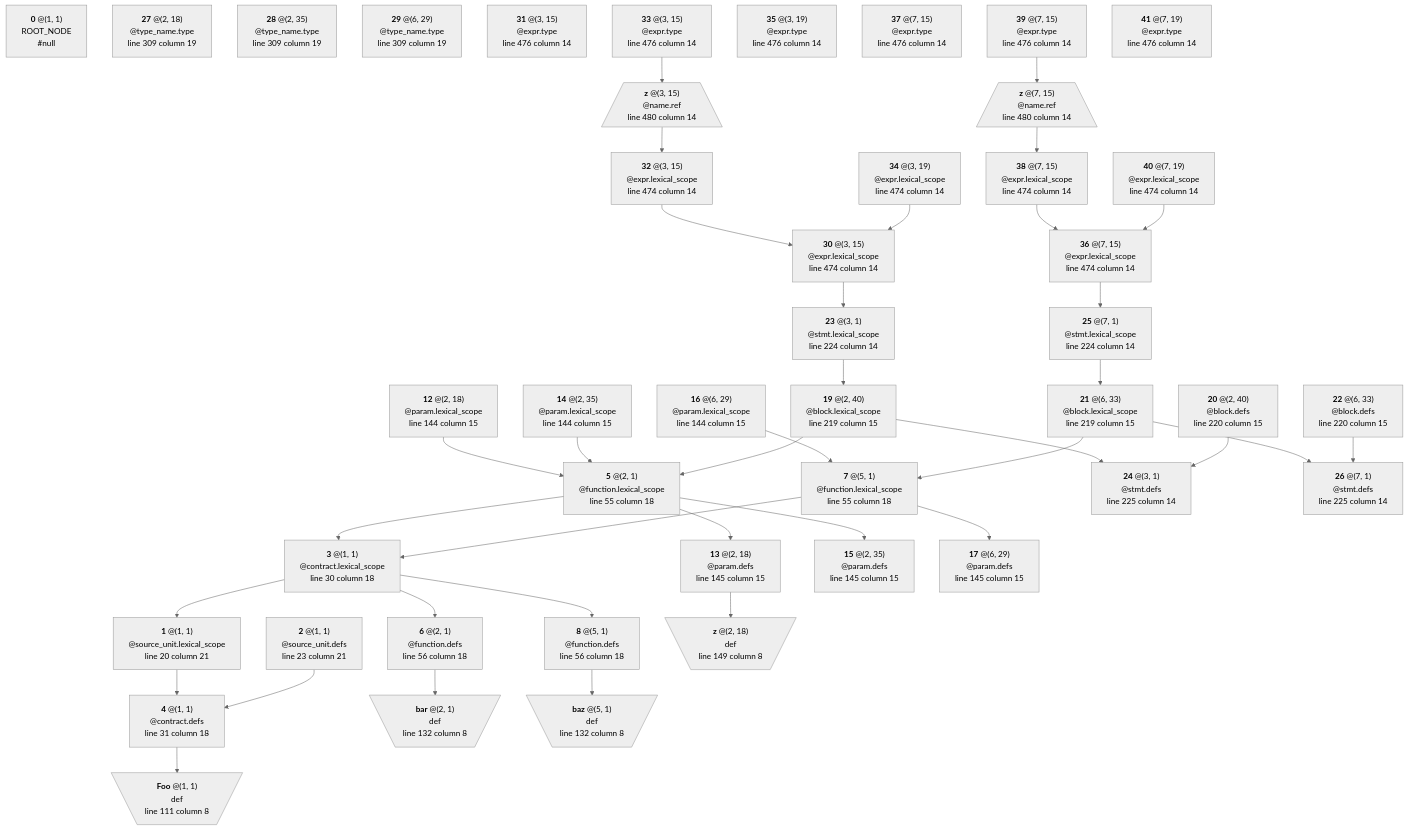
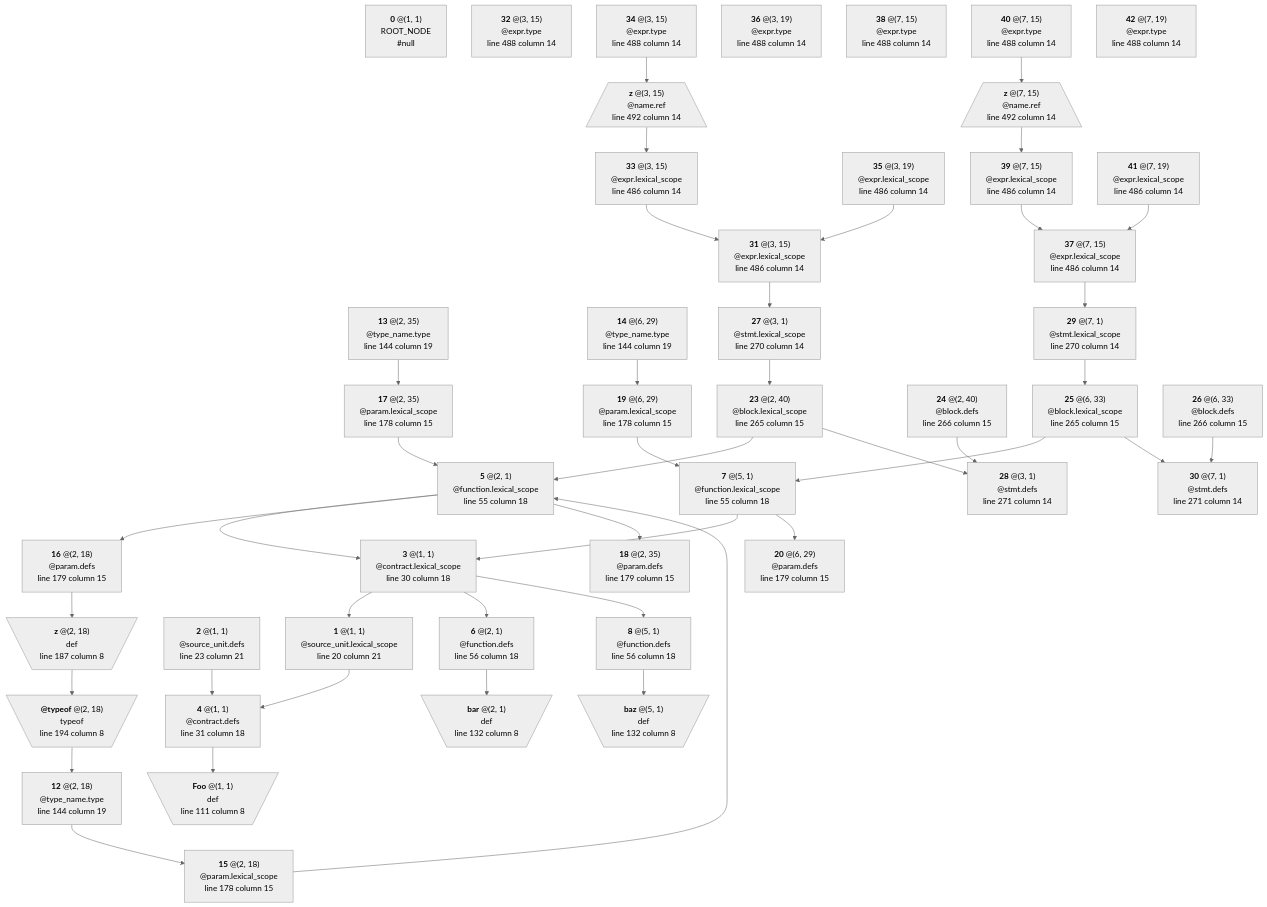
The diagram in crates/solidity/testing/snapshots/bindings_output/lexical/generated/params.sol-0.4.11.mmd (manastech/slang), drawn with Mermaid (neutral theme) before and after one commit. The commit also changed 16 other files, not shown here.

```diff
--- a/crates/solidity/testing/snapshots/bindings_output/lexical/generated/params.sol-0.4.11.mmd
+++ b/crates/solidity/testing/snapshots/bindings_output/lexical/generated/params.sol-0.4.11.mmd
@@ -1,168 +1,176 @@
 graph TD
 	N0["`**0** @(1, 1)
 ROOT_NODE
 #null`"]
 	N1["`**1** @(1, 1)
 @source_unit.lexical_scope
 line 20 column 21`"]
 	N1 --> N4
 	N2["`**2** @(1, 1)
 @source_unit.defs
 line 23 column 21`"]
 	N2 --> N4
 	N3["`**3** @(1, 1)
 @contract.lexical_scope
 line 30 column 18`"]
 	N3 --> N1
 	N3 --> N6
 	N3 --> N8
 	N4["`**4** @(1, 1)
 @contract.defs
 line 31 column 18`"]
 	N4 --> N9
 	N5["`**5** @(2, 1)
 @function.lexical_scope
 line 55 column 18`"]
 	N5 --> N3
-	N5 --> N13
-	N5 --> N15
+	N5 --> N16
+	N5 --> N18
 	N6["`**6** @(2, 1)
 @function.defs
 line 56 column 18`"]
 	N6 --> N10
 	N7["`**7** @(5, 1)
 @function.lexical_scope
 line 55 column 18`"]
 	N7 --> N3
-	N7 --> N17
+	N7 --> N20
 	N8["`**8** @(5, 1)
 @function.defs
 line 56 column 18`"]
 	N8 --> N11
 	N9[\"`**Foo** @(1, 1)
 def
 line 111 column 8`"/]
 	N10[\"`**bar** @(2, 1)
 def
 line 132 column 8`"/]
 	N11[\"`**baz** @(5, 1)
 def
 line 132 column 8`"/]
 	N12["`**12** @(2, 18)
+@type_name.type
+line 144 column 19`"]
+	N12 --> N15
+	N13["`**13** @(2, 35)
+@type_name.type
+line 144 column 19`"]
+	N13 --> N17
+	N14["`**14** @(6, 29)
+@type_name.type
+line 144 column 19`"]
+	N14 --> N19
+	N15["`**15** @(2, 18)
 @param.lexical_scope
-line 144 column 15`"]
-	N12 --> N5
-	N13["`**13** @(2, 18)
+line 178 column 15`"]
+	N15 --> N5
+	N16["`**16** @(2, 18)
 @param.defs
-line 145 column 15`"]
-	N13 --> N18
-	N14["`**14** @(2, 35)
+line 179 column 15`"]
+	N16 --> N21
+	N17["`**17** @(2, 35)
 @param.lexical_scope
-line 144 column 15`"]
-	N14 --> N5
-	N15["`**15** @(2, 35)
+line 178 column 15`"]
+	N17 --> N5
+	N18["`**18** @(2, 35)
 @param.defs
-line 145 column 15`"]
-	N16["`**16** @(6, 29)
+line 179 column 15`"]
+	N19["`**19** @(6, 29)
 @param.lexical_scope
-line 144 column 15`"]
-	N16 --> N7
-	N17["`**17** @(6, 29)
+line 178 column 15`"]
+	N19 --> N7
+	N20["`**20** @(6, 29)
 @param.defs
-line 145 column 15`"]
-	N18[\"`**z** @(2, 18)
+line 179 column 15`"]
+	N21[\"`**z** @(2, 18)
 def
-line 149 column 8`"/]
-	N19["`**19** @(2, 40)
+line 187 column 8`"/]
+	N21 --> N22
+	N22[\"`**@typeof** @(2, 18)
+typeof
+line 194 column 8`"/]
+	N22 --> N12
+	N23["`**23** @(2, 40)
 @block.lexical_scope
-line 219 column 15`"]
-	N19 --> N5
-	N19 --> N24
-	N20["`**20** @(2, 40)
+line 265 column 15`"]
+	N23 --> N5
+	N23 --> N28
+	N24["`**24** @(2, 40)
 @block.defs
-line 220 column 15`"]
-	N20 --> N24
-	N21["`**21** @(6, 33)
+line 266 column 15`"]
+	N24 --> N28
+	N25["`**25** @(6, 33)
 @block.lexical_scope
-line 219 column 15`"]
-	N21 --> N7
-	N21 --> N26
-	N22["`**22** @(6, 33)
+line 265 column 15`"]
+	N25 --> N7
+	N25 --> N30
+	N26["`**26** @(6, 33)
 @block.defs
-line 220 column 15`"]
-	N22 --> N26
-	N23["`**23** @(3, 1)
+line 266 column 15`"]
+	N26 --> N30
+	N27["`**27** @(3, 1)
 @stmt.lexical_scope
-line 224 column 14`"]
-	N23 --> N19
-	N24["`**24** @(3, 1)
+line 270 column 14`"]
+	N27 --> N23
+	N28["`**28** @(3, 1)
 @stmt.defs
-line 225 column 14`"]
-	N25["`**25** @(7, 1)
+line 271 column 14`"]
+	N29["`**29** @(7, 1)
 @stmt.lexical_scope
-line 224 column 14`"]
-	N25 --> N21
-	N26["`**26** @(7, 1)
+line 270 column 14`"]
+	N29 --> N25
+	N30["`**30** @(7, 1)
 @stmt.defs
-line 225 column 14`"]
-	N27["`**27** @(2, 18)
-@type_name.type
-line 309 column 19`"]
-	N28["`**28** @(2, 35)
-@type_name.type
-line 309 column 19`"]
-	N29["`**29** @(6, 29)
-@type_name.type
-line 309 column 19`"]
-	N30["`**30** @(3, 15)
+line 271 column 14`"]
+	N31["`**31** @(3, 15)
 @expr.lexical_scope
-line 474 column 14`"]
-	N30 --> N23
-	N31["`**31** @(3, 15)
+line 486 column 14`"]
+	N31 --> N27
+	N32["`**32** @(3, 15)
 @expr.type
-line 476 column 14`"]
-	N32["`**32** @(3, 15)
+line 488 column 14`"]
+	N33["`**33** @(3, 15)
 @expr.lexical_scope
-line 474 column 14`"]
-	N32 --> N30
-	N33["`**33** @(3, 15)
+line 486 column 14`"]
+	N33 --> N31
+	N34["`**34** @(3, 15)
 @expr.type
-line 476 column 14`"]
-	N33 --> N42
-	N34["`**34** @(3, 19)
+line 488 column 14`"]
+	N34 --> N43
+	N35["`**35** @(3, 19)
 @expr.lexical_scope
-line 474 column 14`"]
-	N34 --> N30
-	N35["`**35** @(3, 19)
+line 486 column 14`"]
+	N35 --> N31
+	N36["`**36** @(3, 19)
 @expr.type
-line 476 column 14`"]
-	N36["`**36** @(7, 15)
+line 488 column 14`"]
+	N37["`**37** @(7, 15)
 @expr.lexical_scope
-line 474 column 14`"]
-	N36 --> N25
-	N37["`**37** @(7, 15)
+line 486 column 14`"]
+	N37 --> N29
+	N38["`**38** @(7, 15)
 @expr.type
-line 476 column 14`"]
-	N38["`**38** @(7, 15)
+line 488 column 14`"]
+	N39["`**39** @(7, 15)
 @expr.lexical_scope
-line 474 column 14`"]
-	N38 --> N36
-	N39["`**39** @(7, 15)
+line 486 column 14`"]
+	N39 --> N37
+	N40["`**40** @(7, 15)
 @expr.type
-line 476 column 14`"]
-	N39 --> N43
-	N40["`**40** @(7, 19)
+line 488 column 14`"]
+	N40 --> N44
+	N41["`**41** @(7, 19)
 @expr.lexical_scope
-line 474 column 14`"]
-	N40 --> N36
-	N41["`**41** @(7, 19)
+line 486 column 14`"]
+	N41 --> N37
+	N42["`**42** @(7, 19)
 @expr.type
-line 476 column 14`"]
-	N42[/"`**z** @(3, 15)
+line 488 column 14`"]
+	N43[/"`**z** @(3, 15)
 @name.ref
-line 480 column 14`"\]
-	N42 --> N32
-	N43[/"`**z** @(7, 15)
+line 492 column 14`"\]
+	N43 --> N33
+	N44[/"`**z** @(7, 15)
 @name.ref
-line 480 column 14`"\]
-	N43 --> N38
+line 492 column 14`"\]
+	N44 --> N39
```
